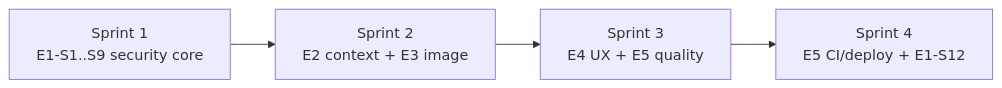
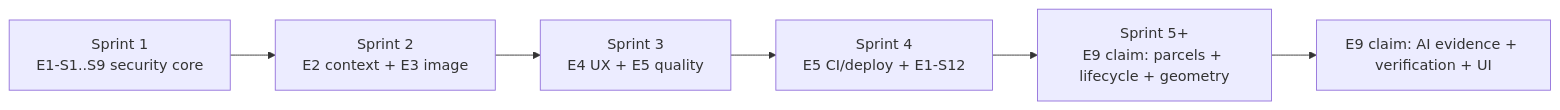
The diagram in docs/planning/17_Backlog.md (KishoreBalajiP/VivasayiAI), drawn with Mermaid before and after one commit. The commit also changed other lines of this file and 10 other files, not shown here.

````diff
--- a/docs/planning/17_Backlog.md
+++ b/docs/planning/17_Backlog.md
@@ -114,6 +127,8 @@
 ```mermaid
 flowchart LR
     A[Sprint 1<br/>E1-S1..S9 security core] --> B[Sprint 2<br/>E2 context + E3 image]
     B --> C[Sprint 3<br/>E4 UX + E5 quality]
     C --> D[Sprint 4<br/>E5 CI/deploy + E1-S12]
+    D --> E[Sprint 5+<br/>E9 claim: parcels + lifecycle + geometry]
+    E --> F[E9 claim: AI evidence + verification + UI]
 ```
````
